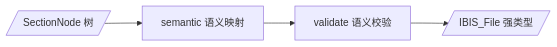
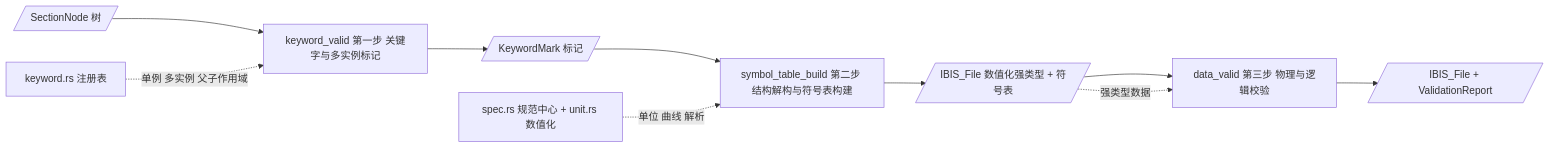
Before and after one commit to ykjoe/IBIS_Parser: the fifth of 6 diagrams in plans/ibis2ibstoml_architecture.md, drawn with Mermaid. The commit also changed other lines of this file and 36 other files, not shown here.

````diff
--- a/plans/ibis2ibstoml_architecture.md
+++ b/plans/ibis2ibstoml_architecture.md
@@ -318,6 +356,12 @@
 ```mermaid
 flowchart LR
-    IN[/SectionNode 树/] --> SEM[semantic 语义映射]
-    SEM --> VAL[validate 语义校验]
-    VAL --> OUT[/IBIS_File 强类型/]
+    IN[/SectionNode 树/] --> V1[keyword_valid 第一步 关键字与多实例标记]
+    V1 --> MARK[/KeywordMark 标记/]
+    MARK --> V2[symbol_table_build 第二步 结构解构与符号表构建]
+    V2 --> IBIS[/IBIS_File 数值化强类型 + 符号表/]
+    IBIS --> V3[data_valid 第三步 物理与逻辑校验]
+    V3 --> OUT[/IBIS_File + ValidationReport/]
+    REG[keyword.rs 注册表] -. 单例 多实例 父子作用域 .-> V1
+    SPEC[spec.rs 规范中心 + unit.rs 数值化] -. 单位 曲线 解析 .-> V2
+    IBIS -. 强类型数据 .-> V3
 ```
````
